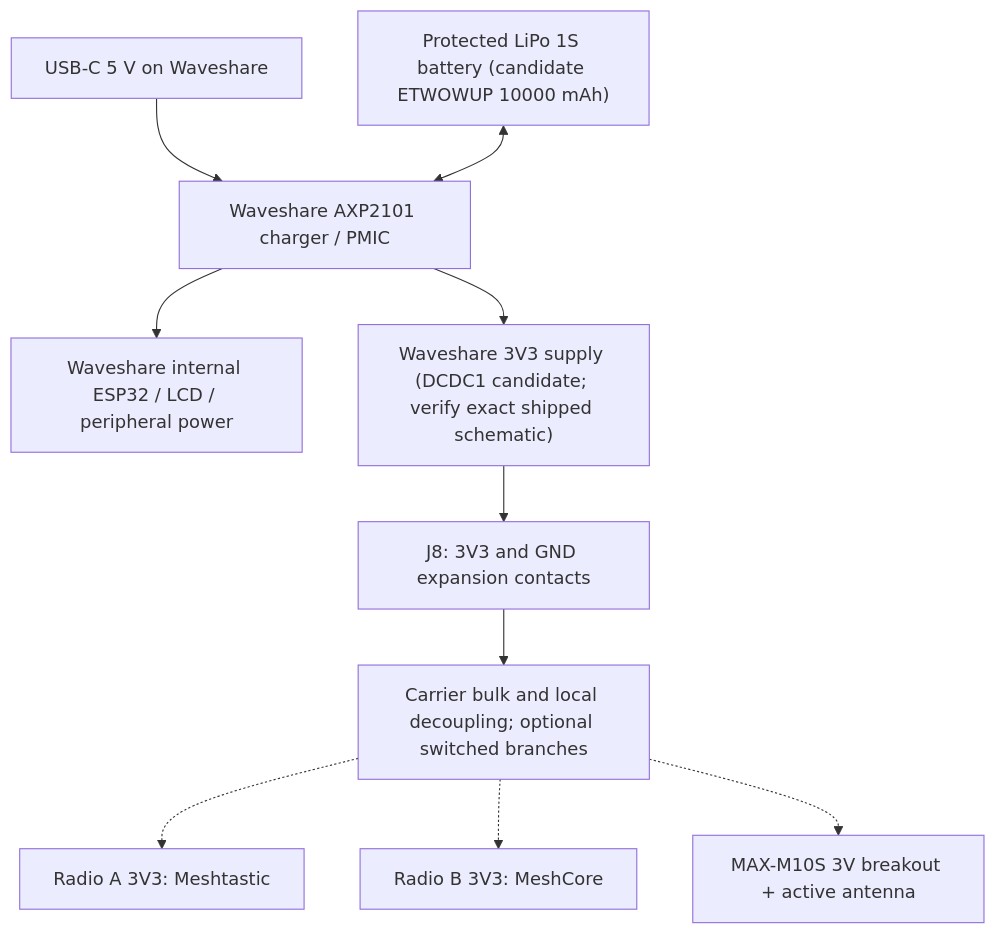
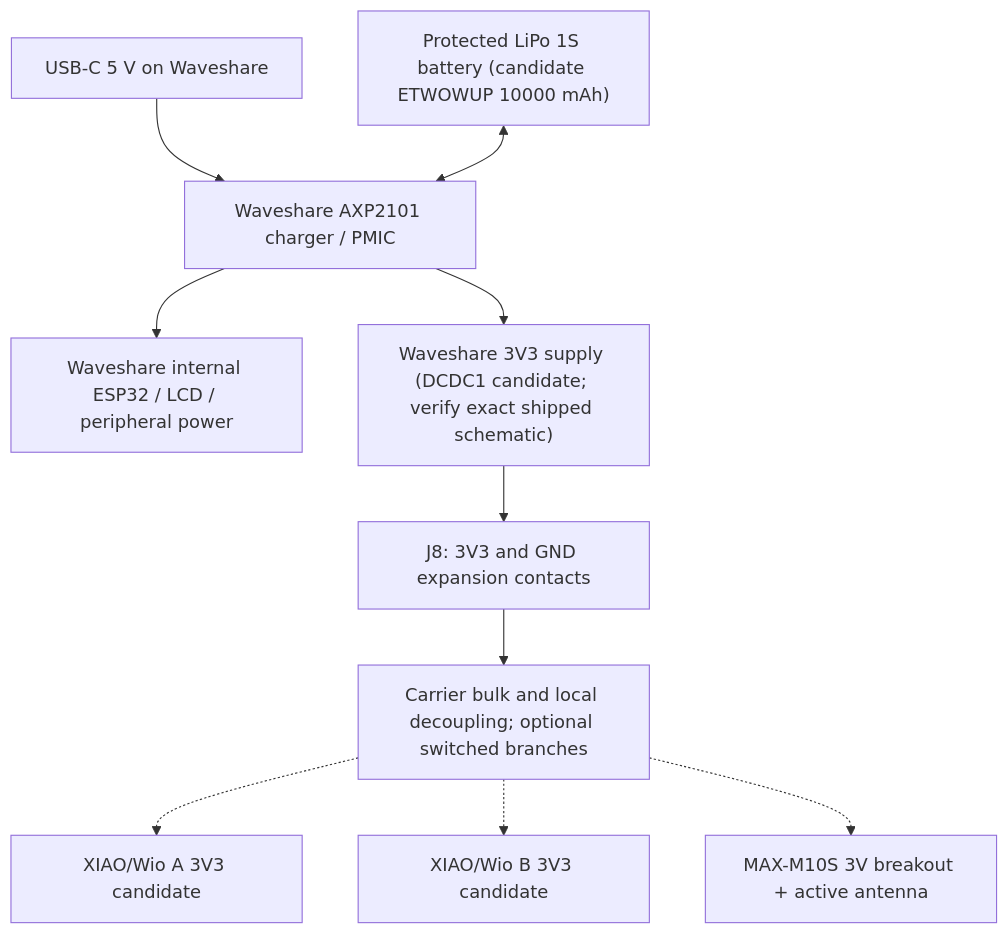
Before and after one commit to Renbrant/MeshCrossway: the diagram in docs/power-architecture.md, drawn with Mermaid. The commit also changed other lines of this file, not shown here.

Commit message:
docs: migrate docs/power-architecture.md to XIAO Wio radio kits

````diff
--- a/docs/power-architecture.md
+++ b/docs/power-architecture.md
@@ -9,12 +9,12 @@
 ```mermaid
 flowchart TD
   USB["USB-C 5 V on Waveshare"] --> PMIC["Waveshare AXP2101 charger / PMIC"]
   BAT["Protected LiPo 1S battery (candidate ETWOWUP 10000 mAh)"] <--> PMIC
   PMIC --> INT["Waveshare internal ESP32 / LCD / peripheral power"]
   PMIC --> REG["Waveshare 3V3 supply (DCDC1 candidate; verify exact shipped schematic)"]
   REG --> J8["J8: 3V3 and GND expansion contacts"]
   J8 --> C["Carrier bulk and local decoupling; optional switched branches"]
-  C -.-> A["Radio A 3V3: Meshtastic"]
-  C -.-> B["Radio B 3V3: MeshCore"]
+  C -.-> A["XIAO/Wio A 3V3 candidate"]
+  C -.-> B["XIAO/Wio B 3V3 candidate"]
   C -.-> G["MAX-M10S 3V breakout + active antenna"]
 ```
````
